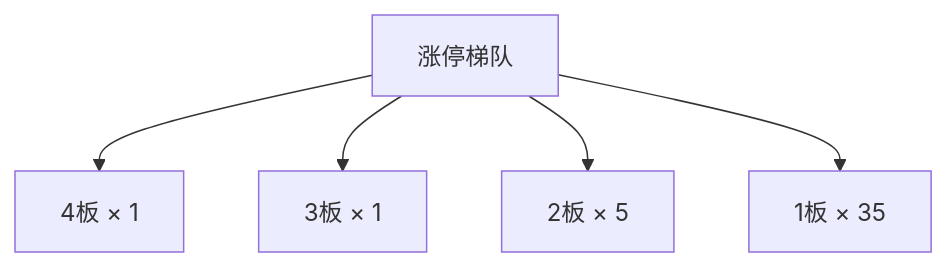
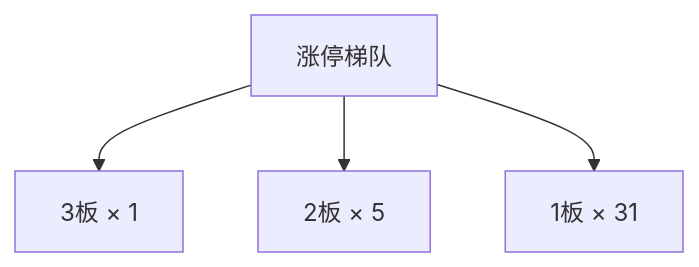
The second of 3 diagrams in content/投研交易/盘中分析/20261117.md (chenyang1999/chzl-kg), drawn with Mermaid before and after one commit. The commit also changed other lines of this file, not shown here.

````diff
--- a/content/投研交易/盘中分析/20261117.md
+++ b/content/投研交易/盘中分析/20261117.md
@@ -69,12 +68,10 @@
 ```mermaid
 flowchart TD
-    B_0["4板 × 1"]
-    B_1["3板 × 1"]
-    B_2["2板 × 5"]
-    B_3["1板 × 35"]
+    B_0["3板 × 1"]
+    B_1["2板 × 5"]
+    B_2["1板 × 31"]
     ROOT["涨停梯队"]
     ROOT --> B_0
     ROOT --> B_1
     ROOT --> B_2
-    ROOT --> B_3
 ```
````
